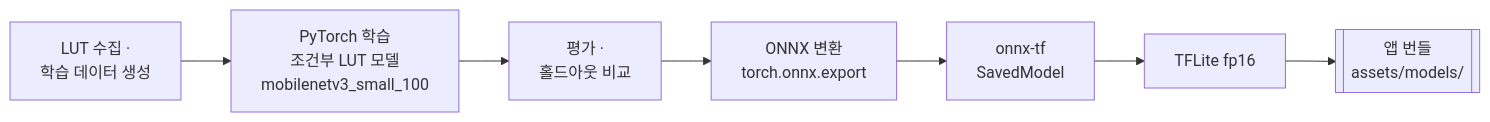
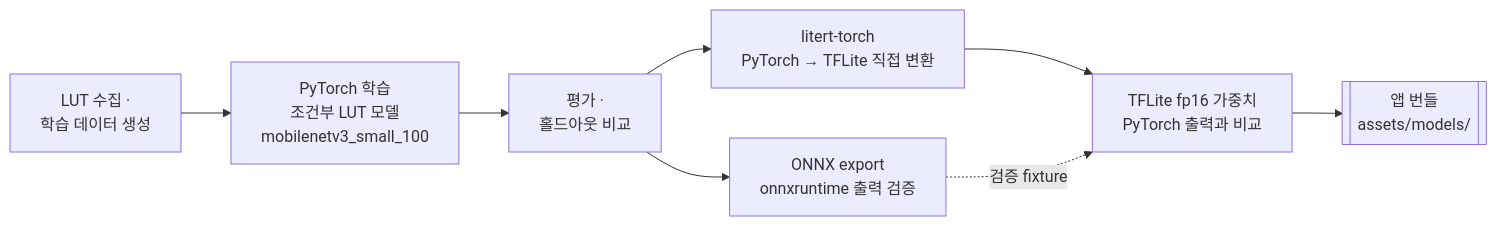
The fourth of 4 diagrams in README.md (cres17/memoria), drawn with Mermaid before and after one commit. The commit also changed other lines of this file and 10 other files, not shown here.

Commit message:
fix(security): TFLite 변환 환경을 litert-torch로 교체해 취약 버전 고정 제거 (#10)

````diff
--- a/README.md
+++ b/README.md
@@ -112,9 +112,10 @@
 ```mermaid
 flowchart LR
   A[LUT 수집 ·<br/>학습 데이터 생성] --> B[PyTorch 학습<br/>조건부 LUT 모델<br/>mobilenetv3_small_100]
   B --> C[평가 ·<br/>홀드아웃 비교]
-  C --> D[ONNX 변환<br/>torch.onnx.export]
-  D --> E[onnx-tf<br/>SavedModel]
-  E --> F[TFLite fp16]
+  C --> D[ONNX export<br/>onnxruntime 출력 검증]
+  C --> E[litert-torch<br/>PyTorch → TFLite 직접 변환]
+  E --> F[TFLite fp16 가중치<br/>PyTorch 출력과 비교]
+  D -. 검증 fixture .-> F
   F --> G[[앱 번들<br/>assets/models/]]
 ```
````
